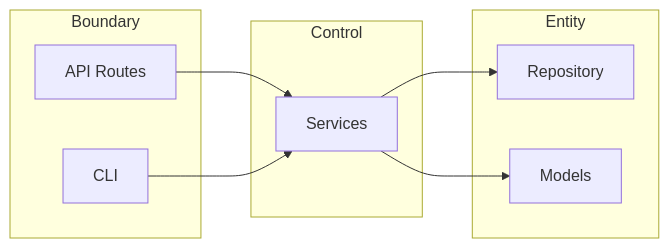
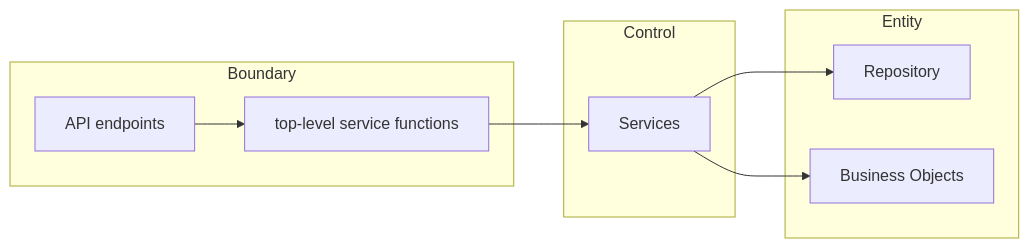
Before and after one commit to krother/rest-api-tutorial: the diagram in 07-bce/README.rst, drawn with Mermaid. The commit also changed other lines of this file and 1 other file, not shown here.

```diff
--- a/07-bce/README.rst
+++ b/07-bce/README.rst
@@ -12,19 +13,19 @@
 .. mermaid::
 
    flowchart LR
        subgraph Boundary
-           A[API Routes]
-           B[CLI]
+           A[API endpoints]
+           B[top-level service functions]
        end
        subgraph Control
            C[Services]
        end
        subgraph Entity
            D[Repository]
-           E[Models]
+           E[Business Objects]
        end
 
-       A --> C
+       A --> B
        B --> C
        C --> D
        C --> E
```
